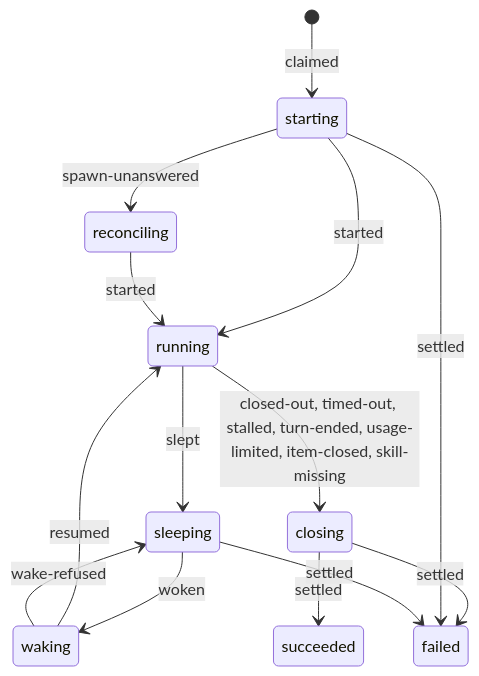
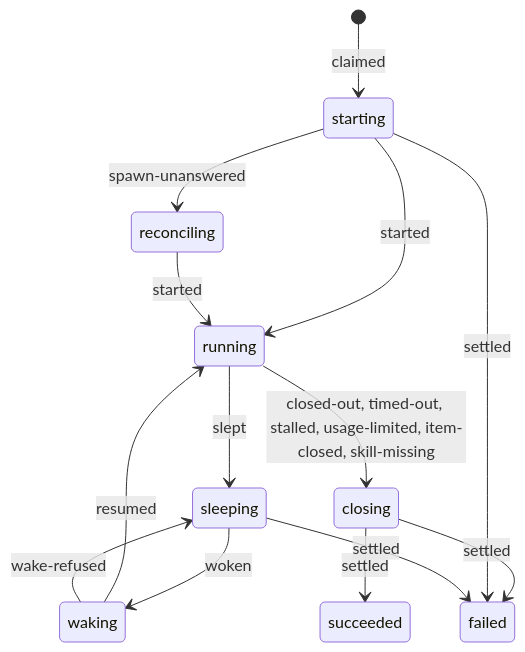
The diagram in docs/design/boxxy/v1-lifecycle.md (zgeoff/boxxy), drawn with Mermaid before and after one commit. The commit also changed other lines of this file and 19 other files, not shown here.

````diff
--- a/docs/design/boxxy/v1-lifecycle.md
+++ b/docs/design/boxxy/v1-lifecycle.md
@@ -7,16 +7,16 @@
 ```mermaid
 stateDiagram-v2
   [*] --> starting: claimed
   starting --> running: started
   starting --> reconciling: spawn-unanswered
   reconciling --> running: started
   running --> sleeping: slept
   sleeping --> waking: woken
   waking --> running: resumed
   waking --> sleeping: wake-refused
-  running --> closing: closed-out, timed-out, stalled, turn-ended, usage-limited, item-closed, skill-missing
+  running --> closing: closed-out, timed-out, stalled, usage-limited, item-closed, skill-missing
   closing --> succeeded: settled
   closing --> failed: settled
   starting --> failed: settled
   sleeping --> failed: settled
 ```
````
